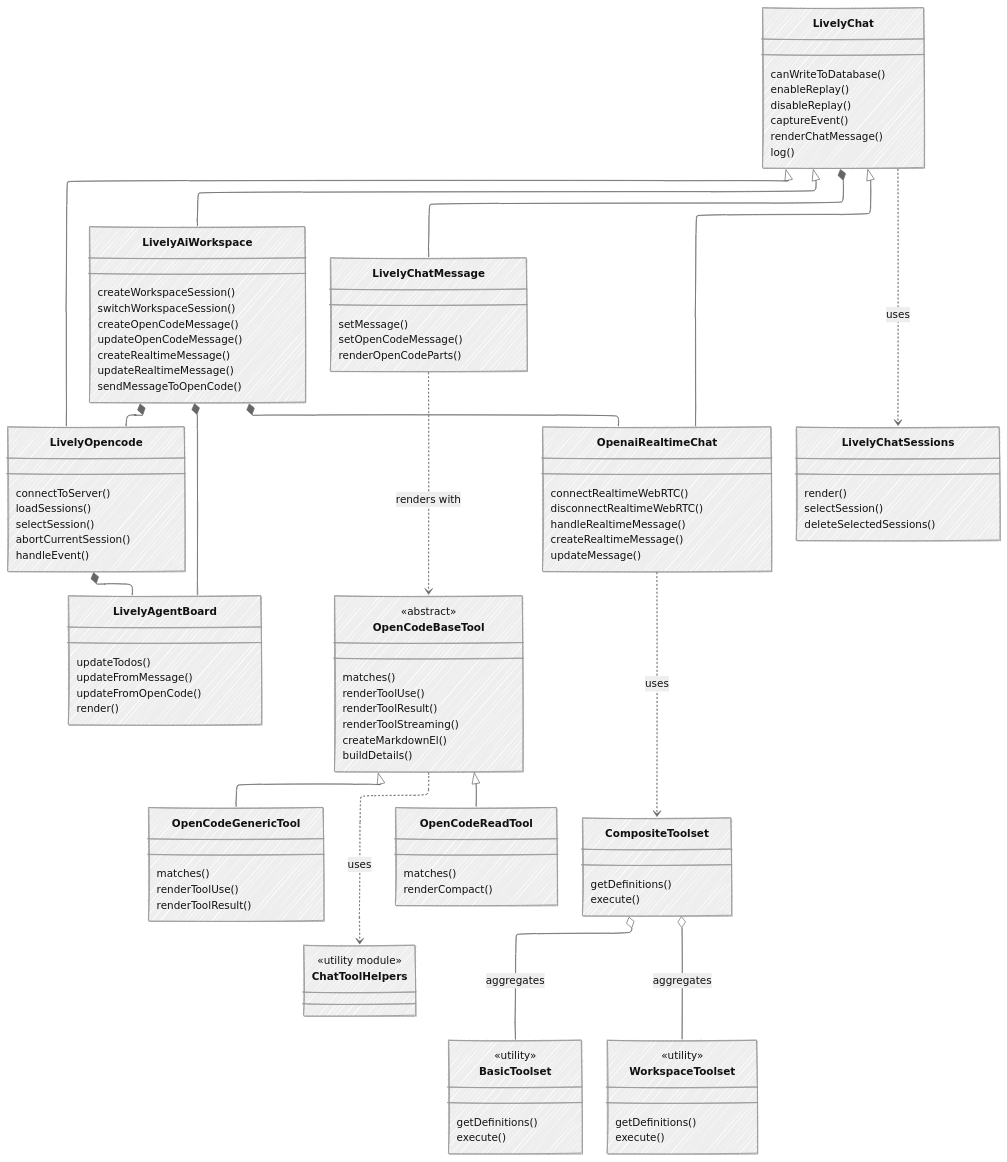
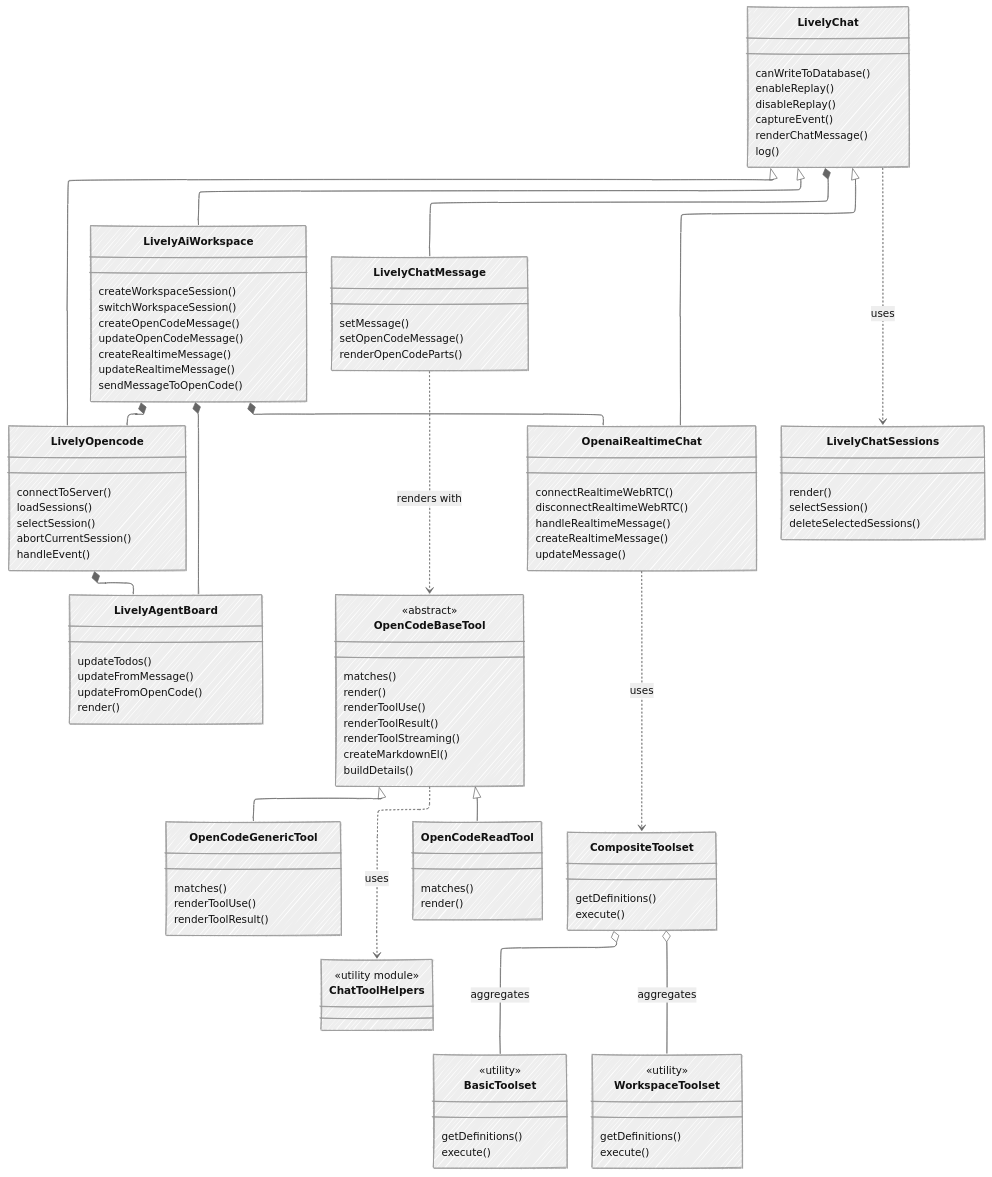
Before and after one commit to LivelyKernel/lively4-core: the diagram in src/ai-workspace/components/index.md, drawn with Mermaid. The commit also changed 5 other files, not shown here.

```diff
--- a/src/ai-workspace/components/index.md
+++ b/src/ai-workspace/components/index.md
@@ -75,6 +75,7 @@
     class OpenCodeBaseTool {
         <<abstract>>
         matches()
+        render()
         renderToolUse()
         renderToolResult()
         renderToolStreaming()
@@ -90,7 +91,7 @@
     
     class OpenCodeReadTool {
         matches()
-        renderCompact()
+        render()
     }
     
     class BasicToolset {
```
